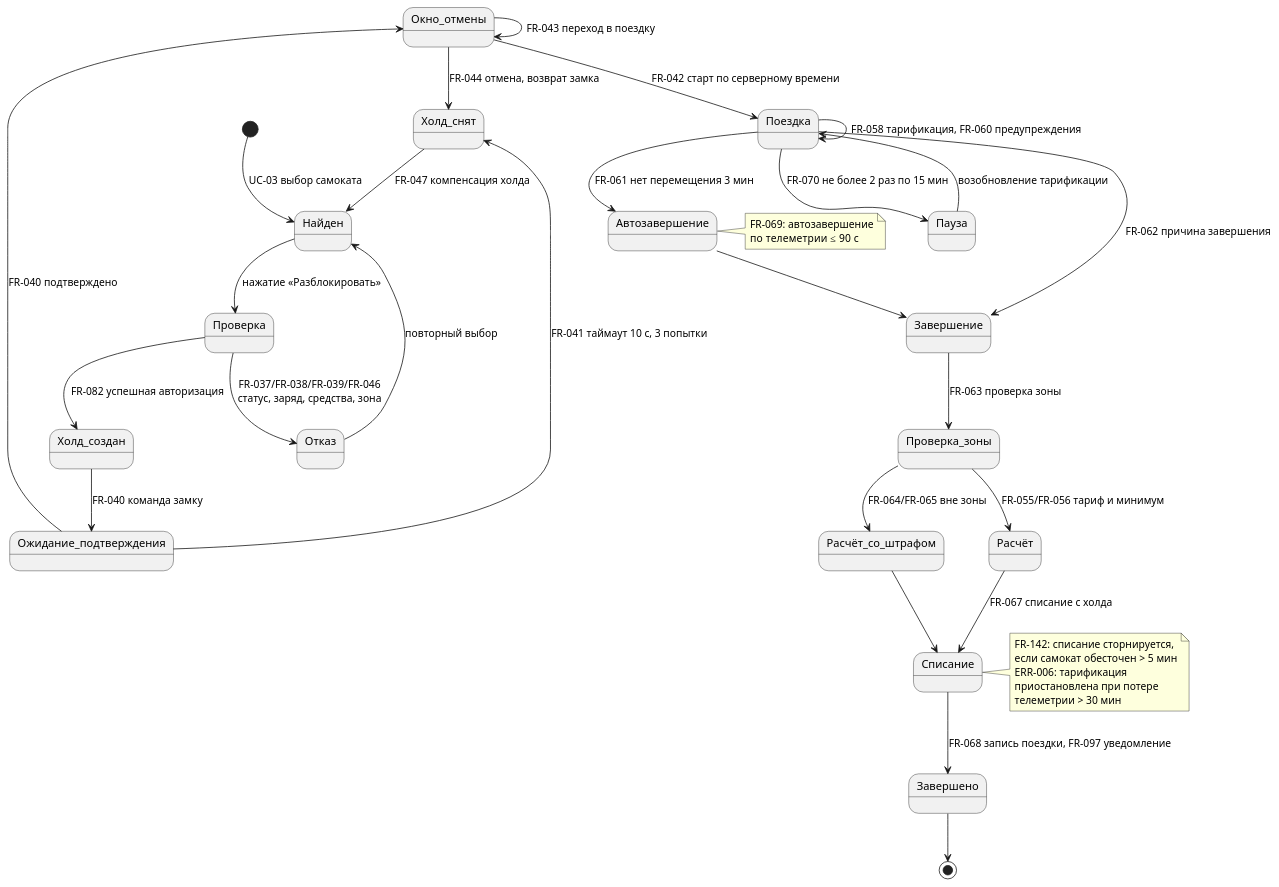
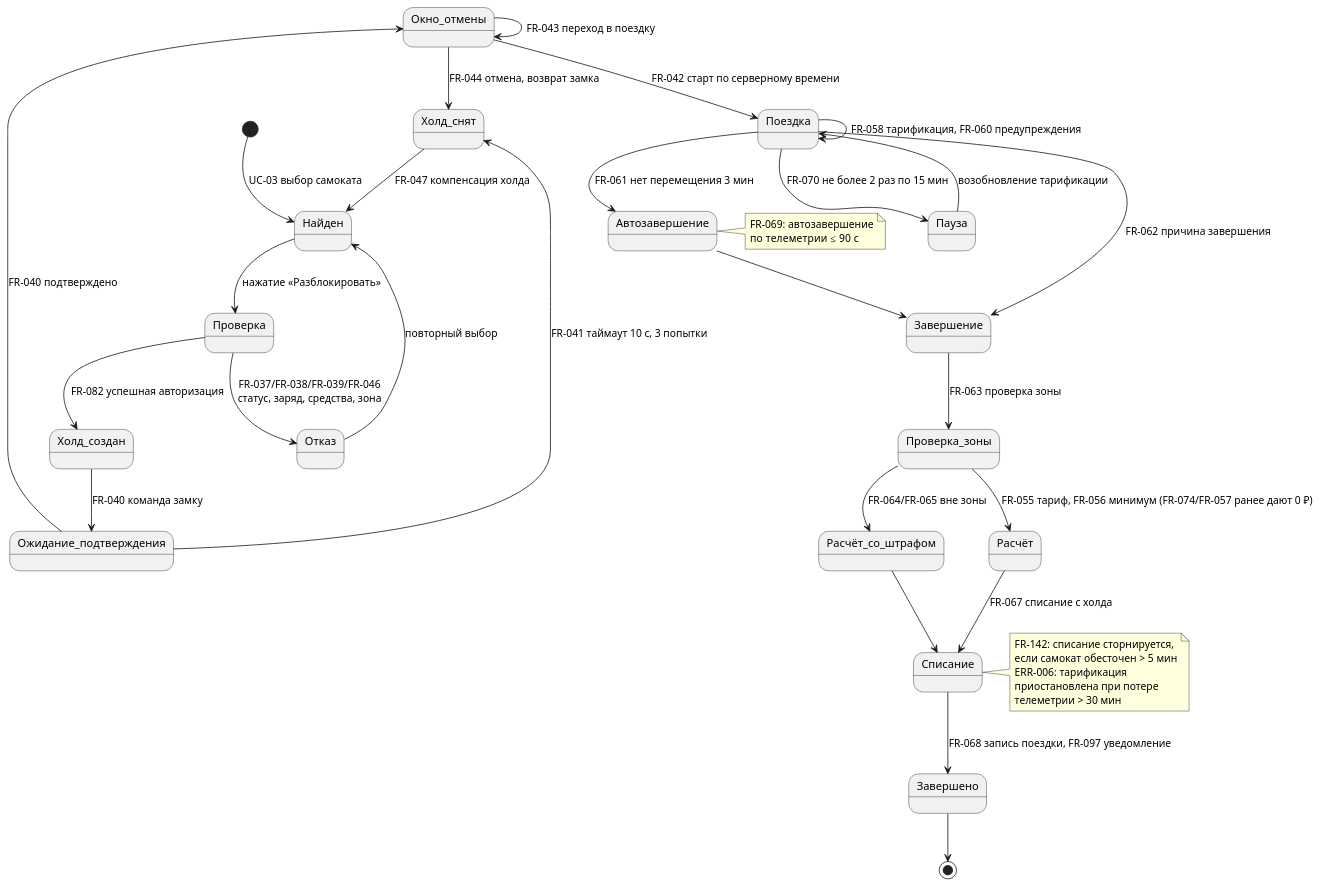
The fourth of 4 diagrams in docs/SRS_scooter_rental.md (ivtecture/srs), drawn with PlantUML before and after one commit. The commit also changed other lines of this file, not shown here.

````diff
--- a/docs/SRS_scooter_rental.md
+++ b/docs/SRS_scooter_rental.md
@@ -1306,43 +1318,43 @@
 ```plantuml
 @startuml SRS_State_Trip
 [*] --> Найден : UC-03 выбор самоката
 Найден --> Проверка : нажатие «Разблокировать»
 Проверка --> Отказ : FR-037/FR-038/FR-039/FR-046\nстатус, заряд, средства, зона
 Отказ --> Найден : повторный выбор
 Проверка --> Холд_создан : FR-082 успешная авторизация
 Холд_создан --> Ожидание_подтверждения : FR-040 команда замку
 Ожидание_подтверждения --> Окно_отмены : FR-040 подтверждено
 Ожидание_подтверждения --> Холд_снят : FR-041 таймаут 10 с, 3 попытки
 Холд_снят --> Найден : FR-047 компенсация холда
 Окно_отмены --> Окно_отмены : FR-043 переход в поездку
 Окно_отмены --> Поездка : FR-042 старт по серверному времени
 Окно_отмены --> Холд_снят : FR-044 отмена, возврат замка
 Поездка --> Поездка : FR-058 тарификация, FR-060 предупреждения
 Поездка --> Пауза : FR-070 не более 2 раз по 15 мин
 Пауза --> Поездка : возобновление тарификации
 Поездка --> Автозавершение : FR-061 нет перемещения 3 мин
 Поездка --> Завершение : FR-062 причина завершения
 Автозавершение --> Завершение
 Завершение --> Проверка_зоны : FR-063 проверка зоны
-Проверка_зоны --> Расчёт : FR-055/FR-056 тариф и минимум
+Проверка_зоны --> Расчёт : FR-055 тариф, FR-056 минимум (FR-074/FR-057 ранее дают 0 ₽)
 Проверка_зоны --> Расчёт_со_штрафом : FR-064/FR-065 вне зоны
 Расчёт --> Списание : FR-067 списание с холда
 Расчёт_со_штрафом --> Списание
 Списание --> Завершено : FR-068 запись поездки, FR-097 уведомление
 Завершено --> [*]
 
 note right of Автозавершение
   FR-069: автозавершение
   по телеметрии ≤ 90 с
 end note
 
 note right of Списание
   FR-142: списание сторнируется,
   если самокат обесточен > 5 мин
   ERR-006: тарификация
   приостановлена при потере
   телеметрии > 30 мин
 end note
 
 @enduml
 ```
````
